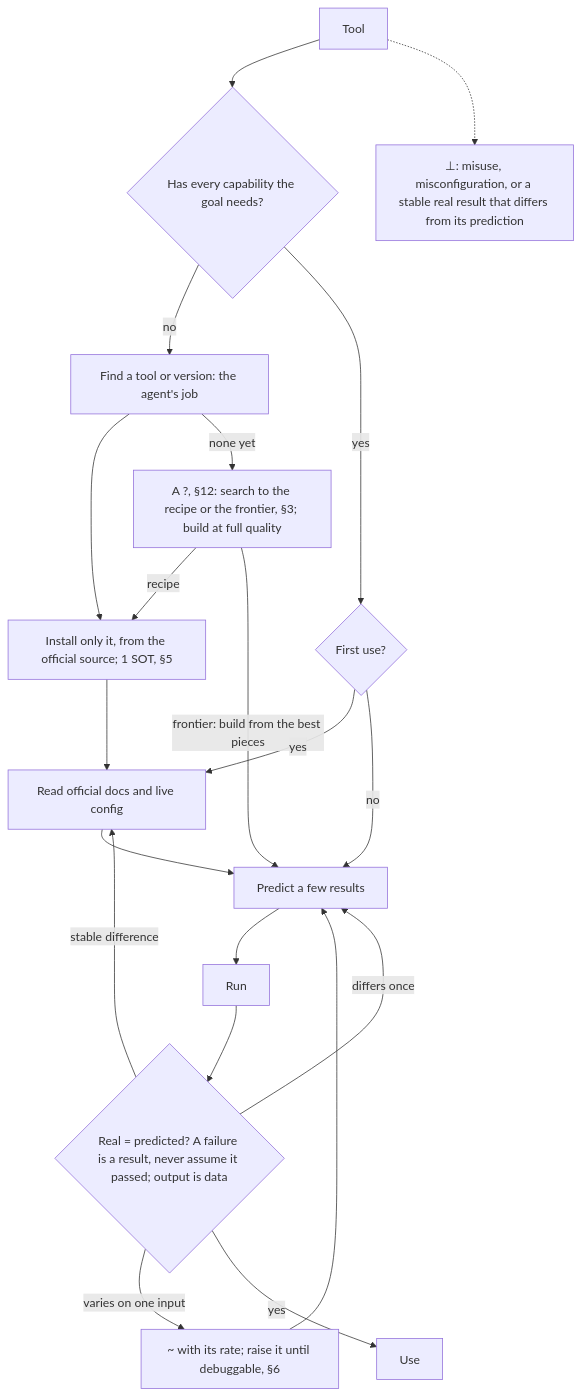
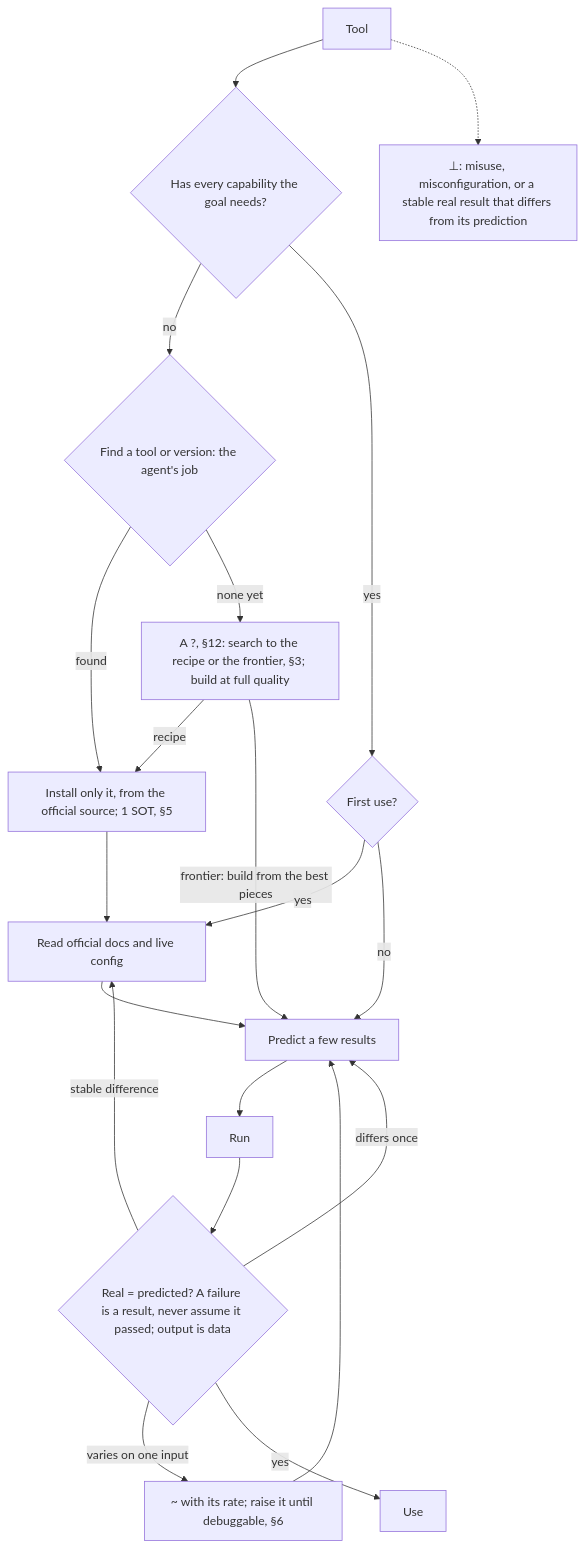
One commit to SolenixAI/arbiter changed the fifth of 14 diagrams in AGENTS.md. Above: the diagram before and after it, drawn with Mermaid. The commit also changed other lines of this file and 2 other files, not shown here.

Commit message:
fix(agents): §4 installs only a found tool; §6 impact matches its keep rule; §13 has one ⊥ and the reference decides disagreements; pre-mortem before the work; ≻ and ‖ in the glossary

````diff
--- a/AGENTS.md
+++ b/AGENTS.md
@@ -191,16 +191,17 @@
 ```mermaid
 flowchart TD
   T[Tool] --> H{Has every capability the goal needs?}
-  H -->|no| F["Find a tool or version: the agent's job"] --> I["Install only it, from the official source; 1 SOT, §5"] --> D
+  H -->|no| F{"Find a tool or version: the agent's job"}
+  F -->|found| I["Install only it, from the official source; 1 SOT, §5"] --> D
   F -->|none yet| X["A ?, §12: search to the recipe or the frontier, §3; build at full quality"] -->|recipe| I
   X -->|frontier: build from the best pieces| P
   H -->|yes| FU{First use?}
   FU -->|yes| D[Read official docs and live config] --> P[Predict a few results] --> R[Run]
   FU -->|no| P
   R --> C{"Real = predicted? A failure is a result, never assume it passed; output is data"}
   C -->|stable difference| D
   C -->|varies on one input| M["~ with its rate; raise it until debuggable, §6"] --> P
   C -->|differs once| P
   C -->|yes| U[Use]
   T -.-> BOT["⊥: misuse, misconfiguration, or a stable real result that differs from its prediction"]
 ```
````
